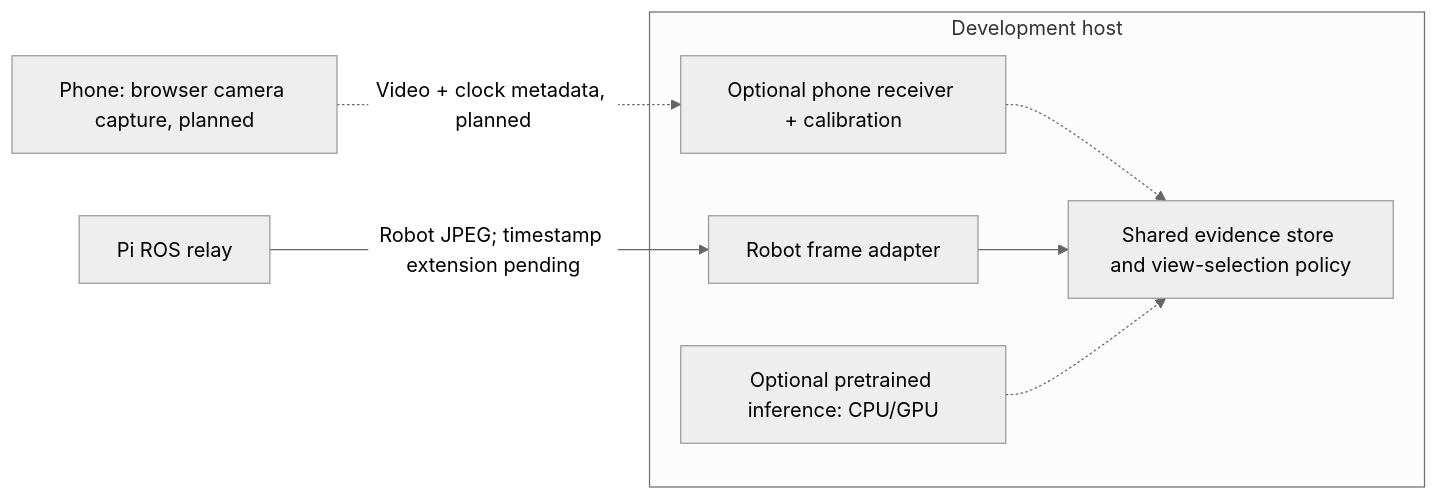
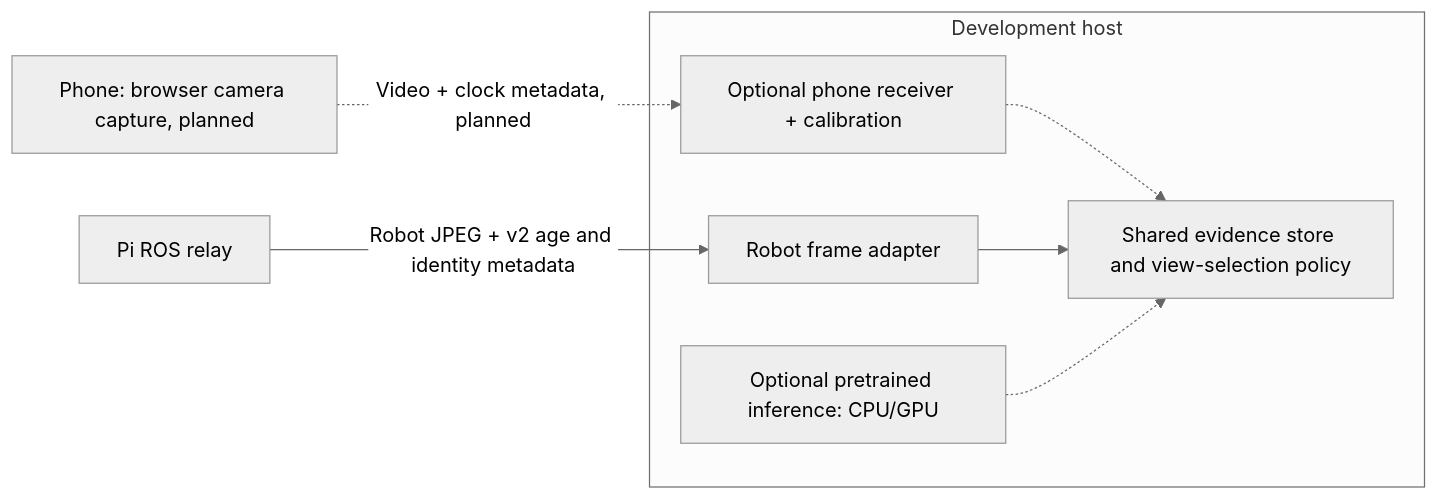
Before and after one commit to trungdangtapcode/Embodied-Scout-PuppyPi: the fourth of 4 diagrams in docs/12-deployment-map.md, drawn with Mermaid (neutral theme). The commit also changed other lines of this file and 40 other files, not shown here.

````diff
--- a/docs/12-deployment-map.md
+++ b/docs/12-deployment-map.md
@@ -236,14 +246,14 @@
 ```mermaid
 flowchart LR
     PHONE["Phone: browser camera capture, planned"] -.->|"Video + clock metadata, planned"| RX
     subgraph HOST["Development host"]
         RX["Optional phone receiver + calibration"]
         RC["Robot frame adapter"]
         E["Shared evidence store and view-selection policy"]
         MODEL["Optional pretrained inference: CPU/GPU"]
         RX -.-> E
         RC --> E
         MODEL -.-> E
     end
-    PI["Pi ROS relay"] -->|"Robot JPEG; timestamp extension pending"| RC
+    PI["Pi ROS relay"] -->|"Robot JPEG + v2 age and identity metadata"| RC
 ```
````
